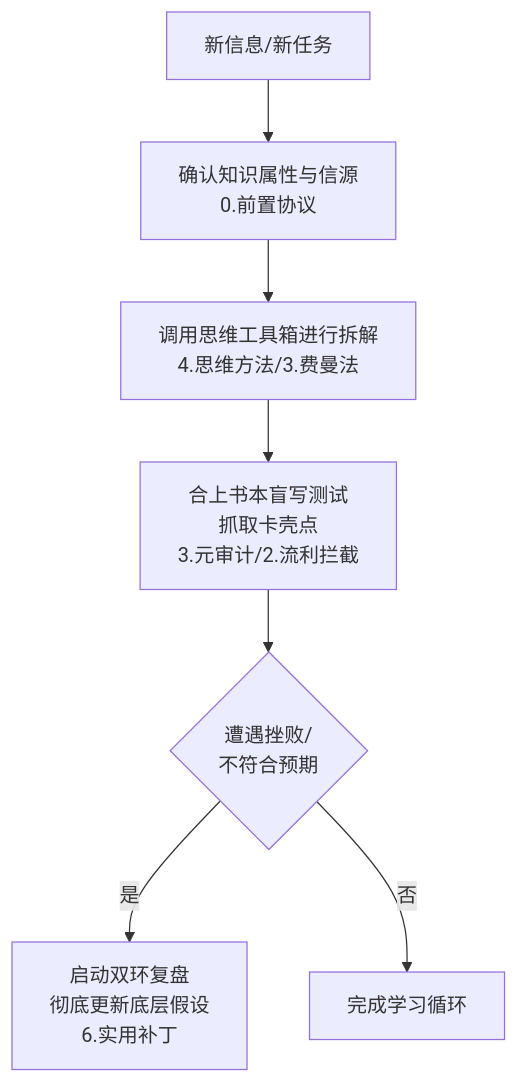
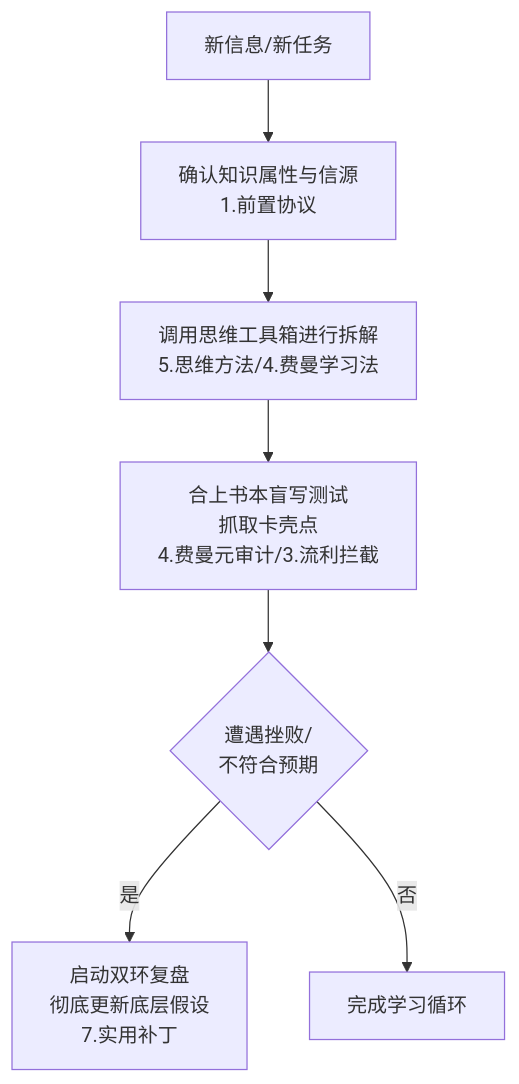
One commit to jinnianwushuang/smart-code-tool changed the diagram in docs/psychology/thought-loop-the-path-of-learning.md. Above: the diagram before and after it, drawn with Mermaid. The commit also changed other lines of this file, not shown here.

````diff
--- a/docs/psychology/thought-loop-the-path-of-learning.md
+++ b/docs/psychology/thought-loop-the-path-of-learning.md
@@ -147,9 +147,9 @@
 ```mermaid
 graph TD
-    A[新信息/新任务] --> B[确认知识属性与信源<br/>0.前置协议]
-    B --> C[调用思维工具箱进行拆解<br/>4.思维方法/3.费曼法]
-    C --> D[合上书本盲写测试<br/>抓取卡壳点<br/>3.元审计/2.流利拦截]
+    A[新信息/新任务] --> B[确认知识属性与信源<br/>1.前置协议]
+    B --> C[调用思维工具箱进行拆解<br/>5.思维方法/4.费曼学习法]
+    C --> D[合上书本盲写测试<br/>抓取卡壳点<br/>4.费曼元审计/3.流利拦截]
     D --> E{遭遇挫败/<br/>不符合预期}
-    E -->|是| F[启动双环复盘<br/>彻底更新底层假设<br/>6.实用补丁]
+    E -->|是| F[启动双环复盘<br/>彻底更新底层假设<br/>7.实用补丁]
     E -->|否| G[完成学习循环]
 ```
````
